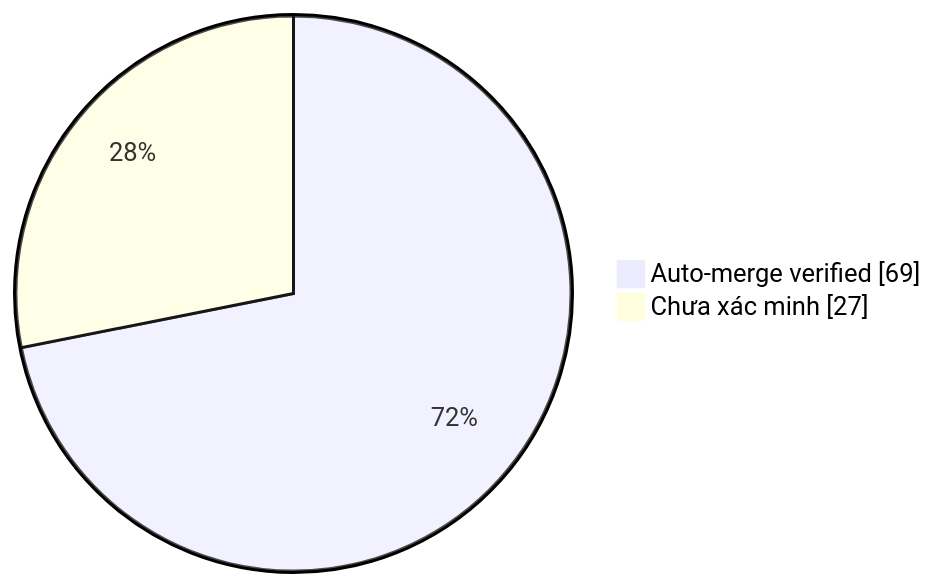
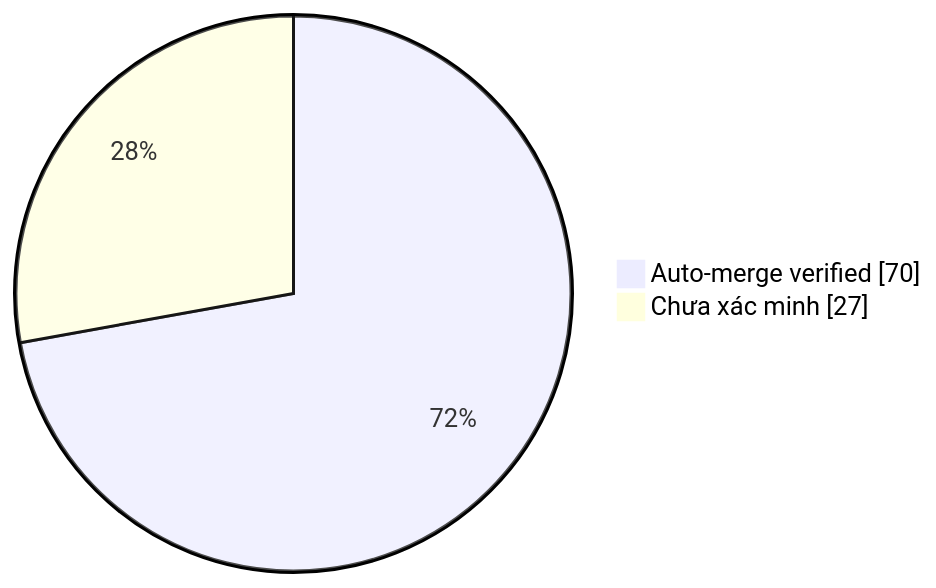
The diagram in collector.md (duykhang68/tetdinhmuiblog), drawn with Mermaid before and after one commit. The commit also changed other lines of this file and 1 other file, not shown here.

Commit message:
docs(collector): update auto-merge evidence dashboard

````diff
--- a/collector.md
+++ b/collector.md
@@ -22,5 +22,5 @@
 ```mermaid
 pie showData
-    "Auto-merge verified" : 69
+    "Auto-merge verified" : 70
     "Chưa xác minh" : 27
 ```
````
